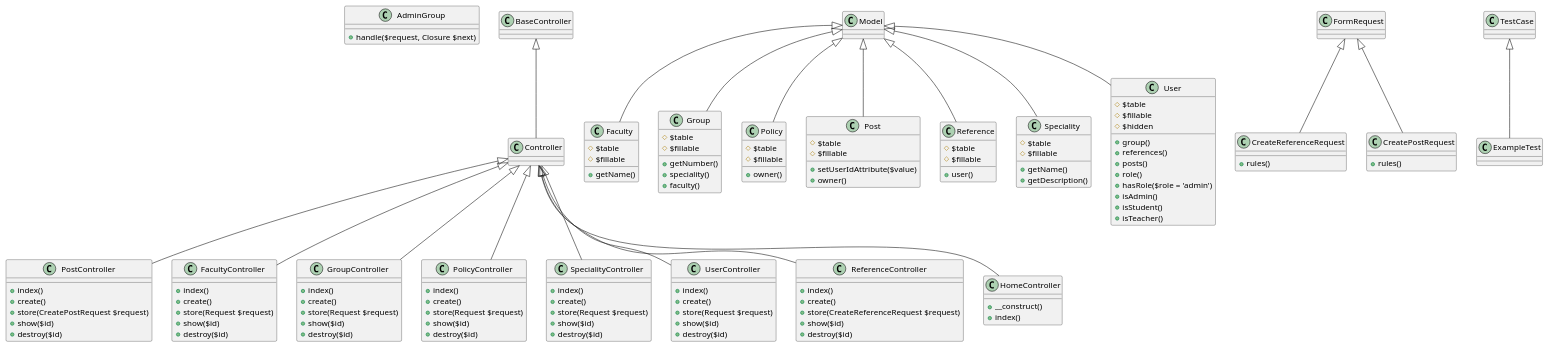
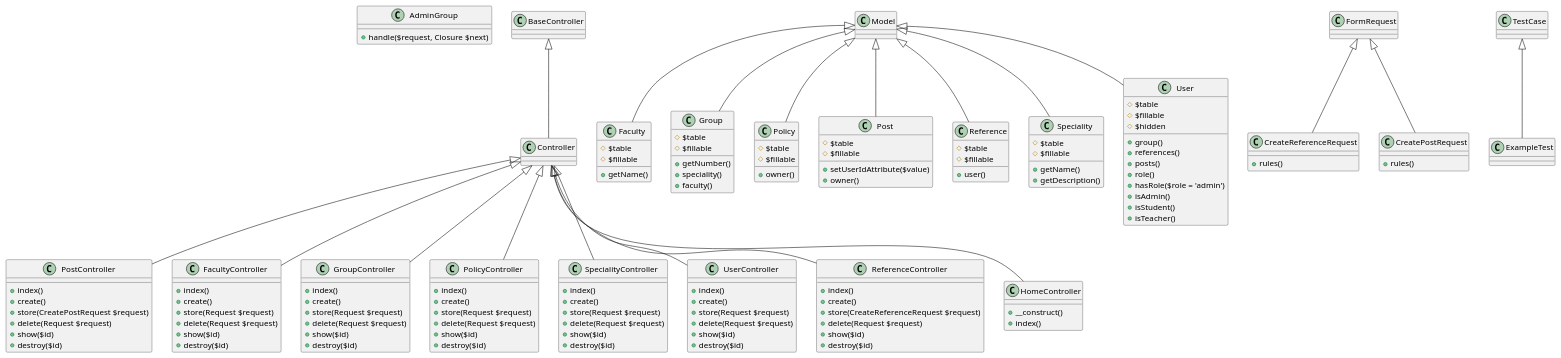
Before and after one commit to Alexpechonov/my_website: the diagram in Diagrams/Class.puml, drawn with PlantUML. The commit also changed 1 other file, not shown here.

```diff
--- a/Diagrams/Class.puml
+++ b/Diagrams/Class.puml
@@ -1,134 +1,141 @@
 @startuml
 class AdminGroup{
 +handle($request, Closure $next)
 }
 class PostController extends Controller{
 +index()
 +create()
 +store(CreatePostRequest $request)
++delete(Request $request)
 +show($id)
 +destroy($id)
 }
 
 class FacultyController extends Controller{
 +index()
 +create()
 +store(Request $request)
++delete(Request $request)
 +show($id)
 +destroy($id)
 }
 
 class GroupController extends Controller{
 +index()
 +create()
 +store(Request $request)
++delete(Request $request)
 +show($id)
 +destroy($id)
 }
 
 class PolicyController extends Controller{
 +index()
 +create()
 +store(Request $request)
++delete(Request $request)
 +show($id)
 +destroy($id)
 }
 
 class SpecialityController extends Controller{
 +index()
 +create()
 +store(Request $request)
++delete(Request $request)
 +show($id)
 +destroy($id)
 }
 
 class UserController extends Controller{
 +index()
 +create()
 +store(Request $request)
++delete(Request $request)
 +show($id)
 +destroy($id)
 }
 
 class ReferenceController extends Controller{
 +index()
 +create()
 +store(CreateReferenceRequest $request)
++delete(Request $request)
 +show($id)
 +destroy($id)
 }
 
 class Controller extends BaseController
 
 class HomeController extends Controller {
 +__construct()
 +index()
 }
 
 
 
 class Faculty extends Model{
 #$table
 #$fillable
 +getName()
 }
 class Group extends Model{
 #$table
 #$fillable
 +getNumber()
 +speciality()
 +faculty()
 }
 
 class Policy extends Model{
 #$table
 #$fillable
 +owner()
 }
 
 class Post extends Model{
 #$table
 #$fillable
 +setUserIdAttribute($value)
 +owner()
 }
 
 class Reference extends Model{
 #$table
 #$fillable
 +user()
 }
 
 class Speciality extends Model{
 #$table
 #$fillable
 +getName()
 +getDescription()
 }
 
 class User extends Model{
 #$table
 #$fillable
 #$hidden
 +group()
 +references()
 +posts()
 +role()
 +hasRole($role = 'admin')
 +isAdmin()
 +isStudent()
 +isTeacher()
 }
 
 
 class CreateReferenceRequest extends FormRequest{
 +rules()
 }
 
 class CreatePostRequest extends FormRequest{
 +rules()
 }
 
 
 class ExampleTest extends TestCase
 @enduml
```
